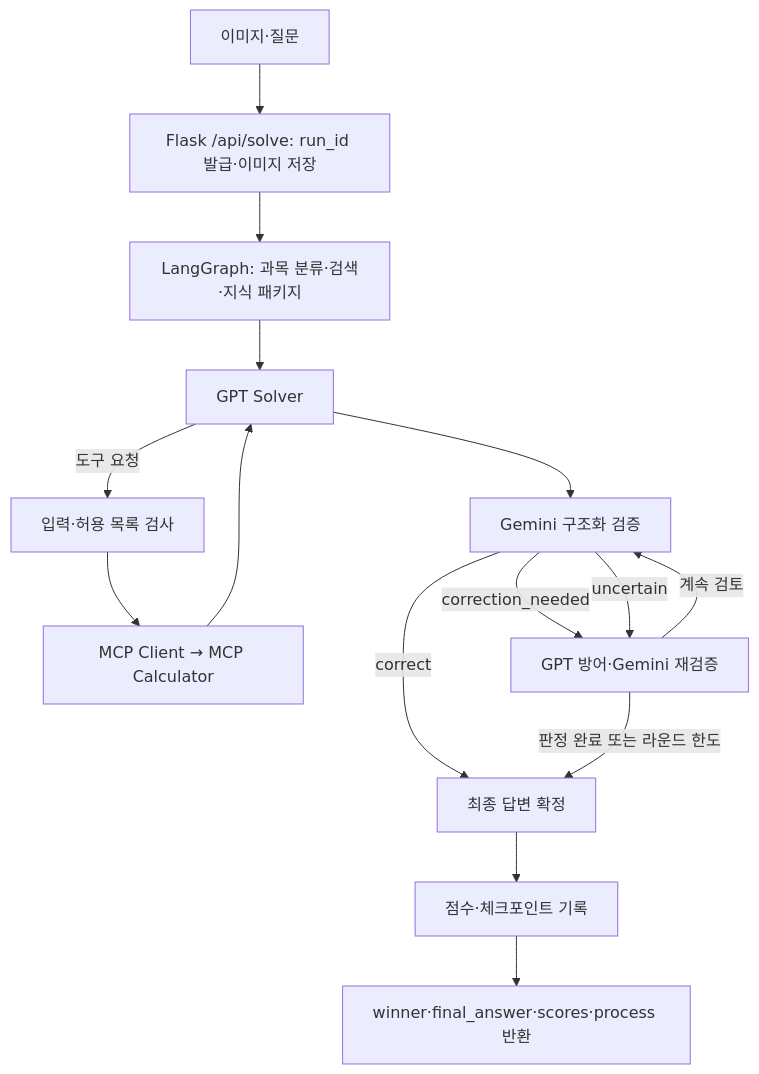
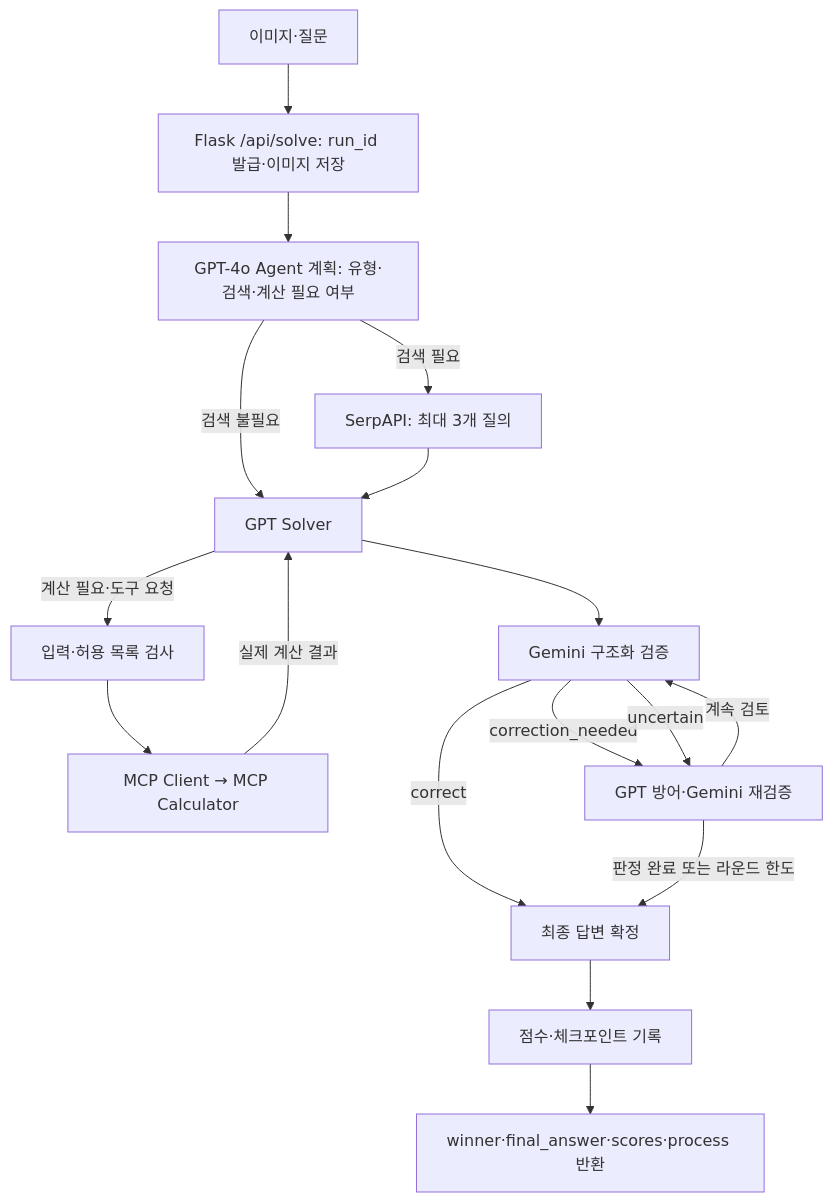
One commit to sophie-24/GemPT-AI-Lab changed the diagram in docs/api_spec.md. Above: the diagram before and after it, drawn with Mermaid. The commit also changed other lines of this file and 12 other files, not shown here.

````diff
--- a/docs/api_spec.md
+++ b/docs/api_spec.md
@@ -103,17 +101,19 @@
 ```mermaid
 flowchart TD
     A[이미지·질문] --> B[Flask /api/solve: run_id 발급·이미지 저장]
-    B --> C[LangGraph: 과목 분류·검색·지식 패키지]
-    C --> D[GPT Solver]
-    D -->|도구 요청| E[입력·허용 목록 검사]
+    B --> C[GPT-4o Agent 계획: 유형·검색·계산 필요 여부]
+    C -->|검색 필요| S[SerpAPI: 최대 3개 질의]
+    C -->|검색 불필요| D[GPT Solver]
+    S --> D
+    D -->|계산 필요·도구 요청| E[입력·허용 목록 검사]
     E --> F[MCP Client → MCP Calculator]
-    F --> D
+    F -->|실제 계산 결과| D
     D --> G[Gemini 구조화 검증]
     G -->|correct| H[최종 답변 확정]
     G -->|correction_needed| I[GPT 방어·Gemini 재검증]
     G -->|uncertain| I
     I -->|판정 완료 또는 라운드 한도| H
     I -->|계속 검토| G
     H --> J[점수·체크포인트 기록]
     J --> K[winner·final_answer·scores·process 반환]
 ```
````
